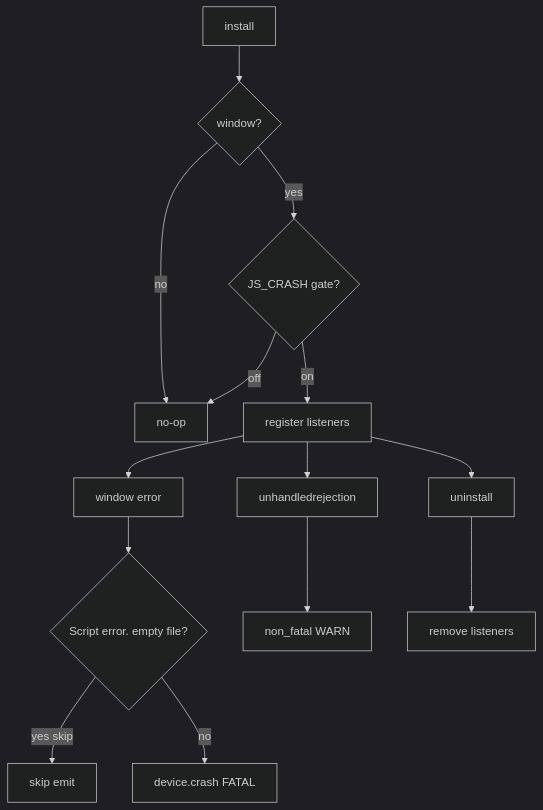
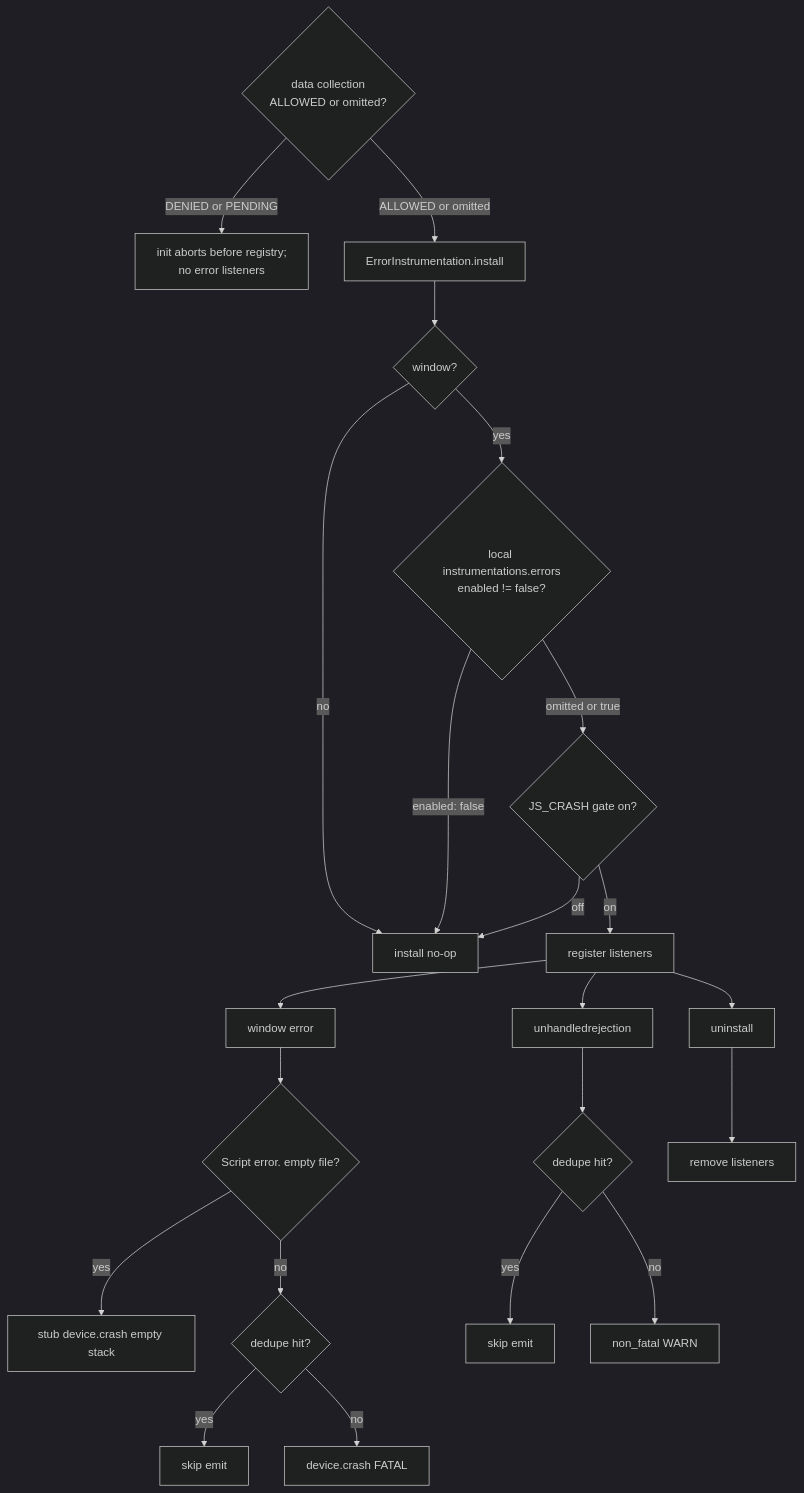
One commit to dream-horizon-org/pulse changed the third of 3 diagrams in pulse-web-otel/docs/instrumentations/errors/SPEC.md. Above: the diagram before and after it, drawn with Mermaid (dark theme). The commit also changed other lines of this file and 17 other files, not shown here.

First line of the commit message:
fix(web-sdk): error instrumentation correctness + full ERR-01–32 test coverage

````diff
--- a/pulse-web-otel/docs/instrumentations/errors/SPEC.md
+++ b/pulse-web-otel/docs/instrumentations/errors/SPEC.md
@@ -91,16 +115,25 @@
 ```mermaid
 flowchart TD
-  I[install] --> SSR{window?}
-  SSR -->|no| Z[no-op]
-  SSR -->|yes| GA{JS_CRASH gate?}
+  C{data collection\nALLOWED or omitted?}
+  C -->|DENIED or PENDING| Z0[init aborts before registry;\nno error listeners]
+  C -->|ALLOWED or omitted| I[ErrorInstrumentation.install]
+  I --> SSR{window?}
+  SSR -->|no| Z[install no-op]
+  SSR -->|yes| LOC{local instrumentations.errors\nenabled != false?}
+  LOC -->|enabled: false| Z
+  LOC -->|omitted or true| GA{JS_CRASH gate on?}
   GA -->|off| Z
   GA -->|on| L[register listeners]
   L --> ERR[window error]
   ERR --> X{Script error. empty file?}
-  X -->|yes skip| SK[skip emit]
-  X -->|no| FATAL[device.crash FATAL]
+  X -->|yes| STUB[stub device.crash empty stack]
+  X -->|no| DW{dedupe hit?}
+  DW -->|yes| SK3[skip emit]
+  DW -->|no| FATAL[device.crash FATAL]
   L --> REJ[unhandledrejection]
-  REJ --> NF[non_fatal WARN]
+  REJ --> DUP{dedupe hit?}
+  DUP -->|yes| SK2[skip emit]
+  DUP -->|no| NF[non_fatal WARN]
   L --> U[uninstall]
   U --> RM[remove listeners]
 ```
````
